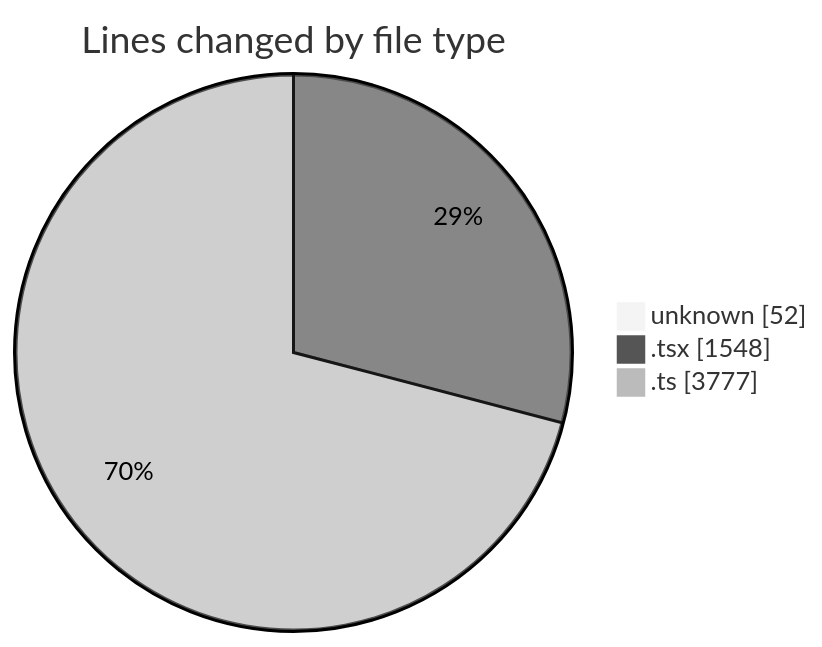
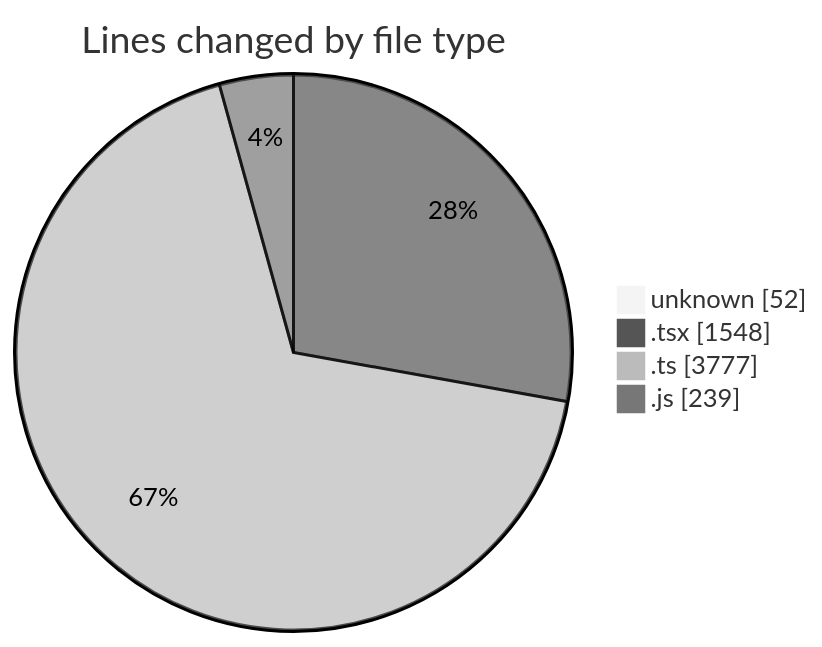
The first of 2 diagrams in 2025-06-02/ecodeli-1/README.md (CELIANVF/code-tracking), drawn with Mermaid (neutral theme) before and after one commit. The commit also changed other lines of this file and 1 other file, not shown here.

````diff
--- a/2025-06-02/ecodeli-1/README.md
+++ b/2025-06-02/ecodeli-1/README.md
@@ -50,7 +51,8 @@
 ```mermaid
 pie showData
 title Lines changed by file type
 "unknown" : 52
 ".tsx" : 1548
 ".ts" : 3777
+".js" : 239
 ```
````
